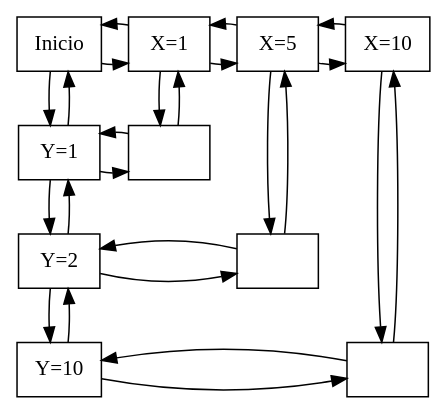
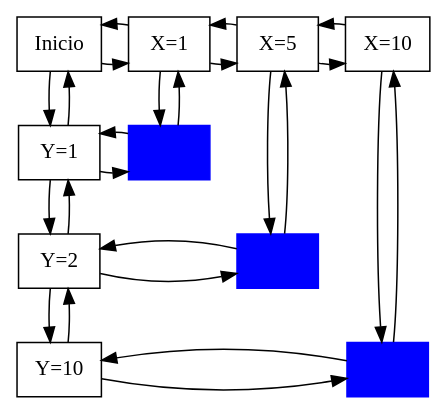
The diagram in EDD_Fase2/Grafica.dot (davidjr01/EDD_Fases_201801106), drawn with Graphviz before and after one commit. The commit also changed 3 other files, not shown here.

```diff
--- a/EDD_Fase2/Grafica.dot
+++ b/EDD_Fase2/Grafica.dot
@@ -1,43 +1,43 @@
 digraph G {
 node[styles="filled" , shape="box"]
 Y0[label="Inicio" ,group=0]
 Y1[label="Y=1",group=0]
 Y0->Y1
 Y1->Y0
 Y2[label="Y=2",group=0]
 Y1->Y2
 Y2->Y1
 Y10[label="Y=10",group=0]
 Y2->Y10
 Y10->Y2
 X1[label="X=1",group=1]
-nodo11[label="",group=1]
+nodo11[label="",group=1,style="filled", color="blue", fillcolor="blue"]
 X1->nodo11
 nodo11->X1
 Y0->X1
 X1->Y0
 {rank="same";Y0;X1;}
 X5[label="X=5",group=2]
-nodo52[label="",group=2]
+nodo52[label="",group=2,style="filled", color="blue", fillcolor="blue"]
 X5->nodo52
 nodo52->X5
 X1->X5
 X5->X1
 {rank="same";X1;X5}
 X10[label="X=10",group=3]
-nodo1010[label="",group=3]
+nodo1010[label="",group=3,style="filled", color="blue", fillcolor="blue"]
 X10->nodo1010
 nodo1010->X10
 X5->X10
 X10->X5
 {rank="same";X5;X10}
 Y1->nodo11
 nodo11->Y1
 {rank="same";Y1;nodo11;}
 Y2->nodo52
 nodo52->Y2
 {rank="same";Y2;nodo52;}
 Y10->nodo1010
 nodo1010->Y10
 {rank="same";Y10;nodo1010;}
 }
```
